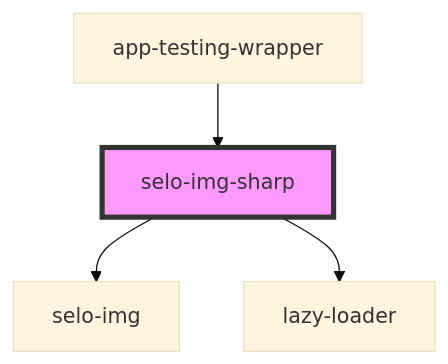
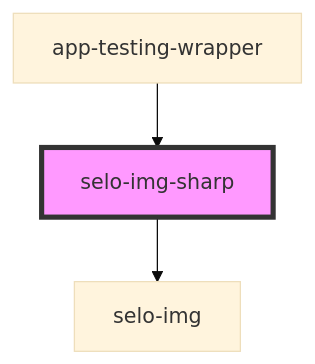
Before and after one commit to selodev/selo-image-sharp: the diagram in src/components/selo-img-sharp/readme.md, drawn with Mermaid (base theme). The commit also changed other lines of this file and 14 other files, not shown here.

````diff
--- a/src/components/selo-img-sharp/readme.md
+++ b/src/components/selo-img-sharp/readme.md
@@ -33,7 +32,6 @@
 ```mermaid
 graph TD;
   selo-img-sharp --> selo-img
-  selo-img-sharp --> lazy-loader
   app-testing-wrapper --> selo-img-sharp
   style selo-img-sharp fill:#f9f,stroke:#333,stroke-width:4px
 ```
````
